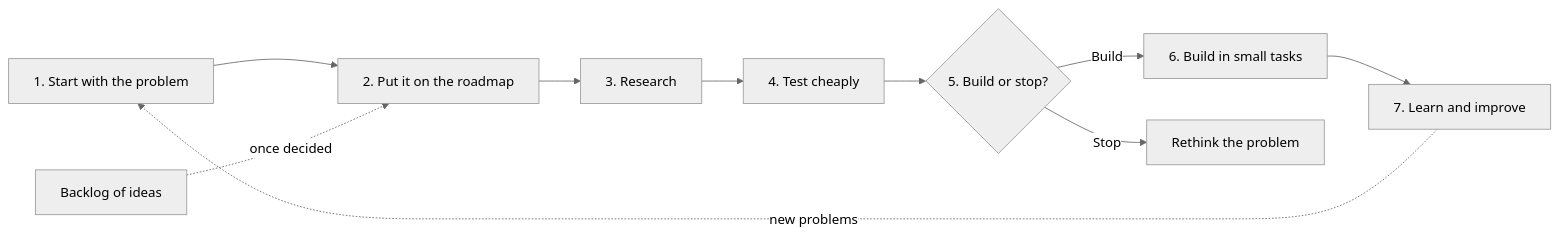
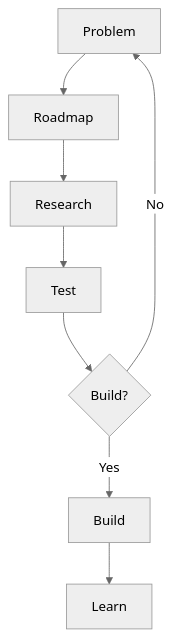
One commit to sharonlafleur1984/how-i-work changed the diagram in process.md. Above: the diagram before and after it, drawn with Mermaid (neutral theme). The commit also changed other lines of this file, not shown here.

First line of the commit message:
process: simpler vertical diagram, one word per box, headings match

````diff
--- a/process.md
+++ b/process.md
@@ -7,8 +7,6 @@
 ```mermaid
-flowchart LR
-  A[1. Start with the problem] --> B[2. Put it on the roadmap] --> C[3. Research] --> D[4. Test cheaply] --> E{5. Build or stop?}
-  E -- Build --> F[6. Build in small tasks] --> G[7. Learn and improve]
-  E -- Stop --> H[Rethink the problem]
-  I[Backlog of ideas] -. once decided .-> B
-  G -. new problems .-> A
+flowchart TD
+  A[Problem] --> B[Roadmap] --> C[Research] --> D[Test] --> E{Build?}
+  E -- Yes --> F[Build] --> G[Learn]
+  E -- No --> A
 ```
````
